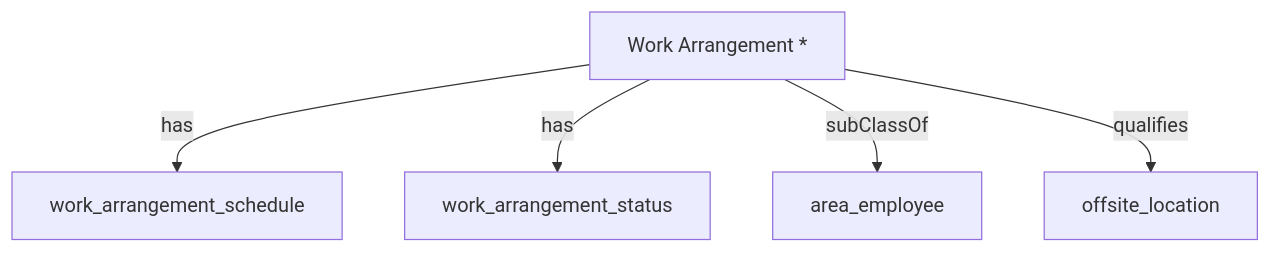
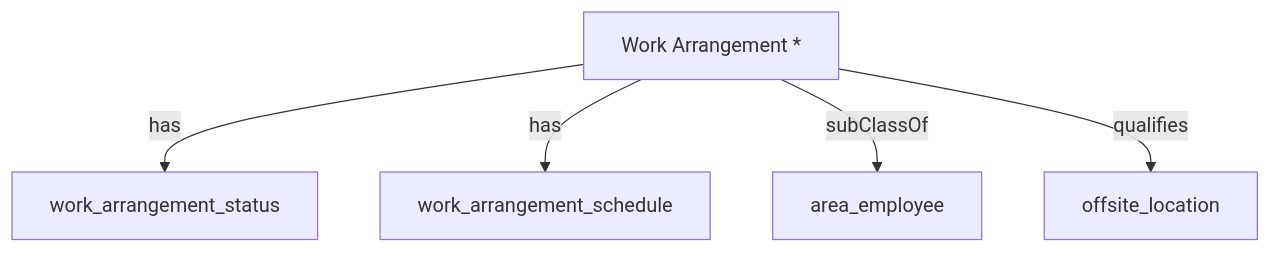
One commit to heidingaway/heidi2 changed the diagram in content/hr_data_model/work_arrangement.md. Above: the diagram before and after it, drawn with Mermaid. The commit also changed other lines of this file and 350 other files, not shown here.

````diff
--- a/content/hr_data_model/work_arrangement.md
+++ b/content/hr_data_model/work_arrangement.md
@@ -23,12 +24,12 @@
 ```mermaid
 graph TD
   Work_Arrangement_["Work Arrangement *"]:::current-page-node
   area_employee["area_employee"]
   work_arrangement_schedule["work_arrangement_schedule"]
   work_arrangement_status["work_arrangement_status"]
   offsite_location["offsite_location"]
+  Work_Arrangement_-->|" has "|work_arrangement_status
   Work_Arrangement_-->|" has "|work_arrangement_schedule
-  Work_Arrangement_-->|" has "|work_arrangement_status
   Work_Arrangement_-->|" subClassOf "|area_employee
   Work_Arrangement_-->|" qualifies "|offsite_location
 ```
````
